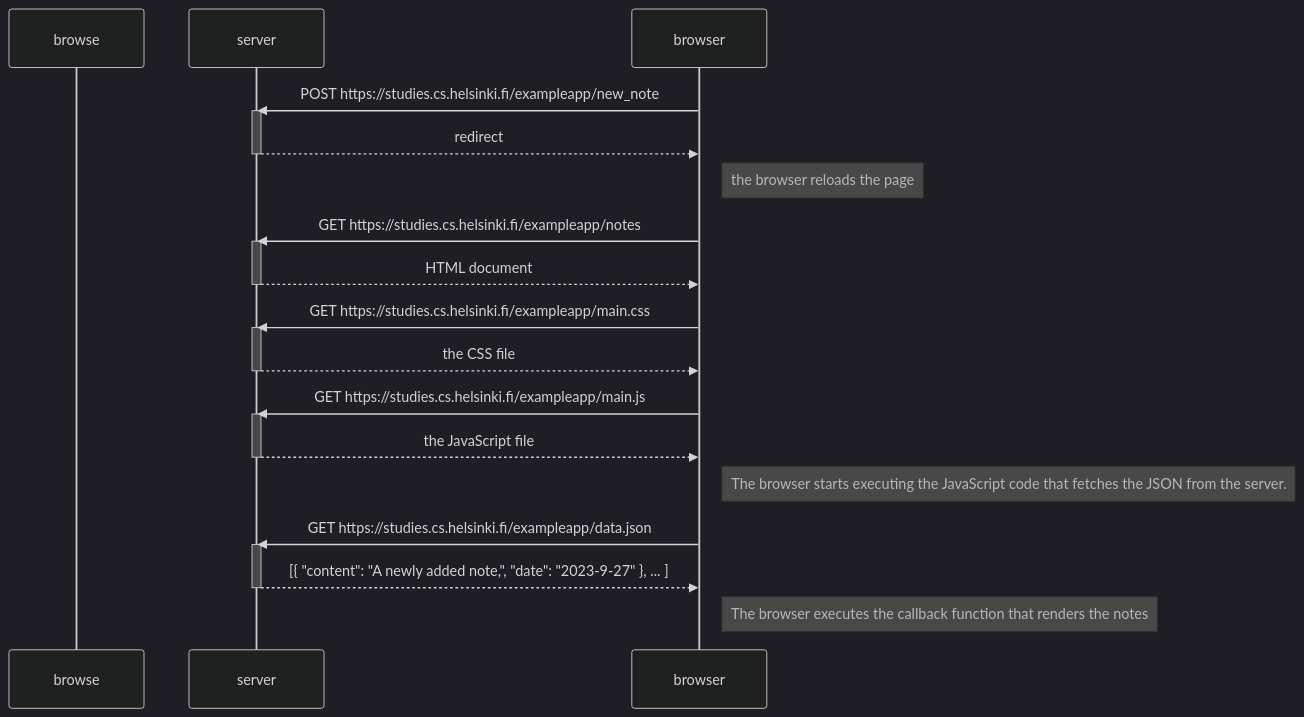
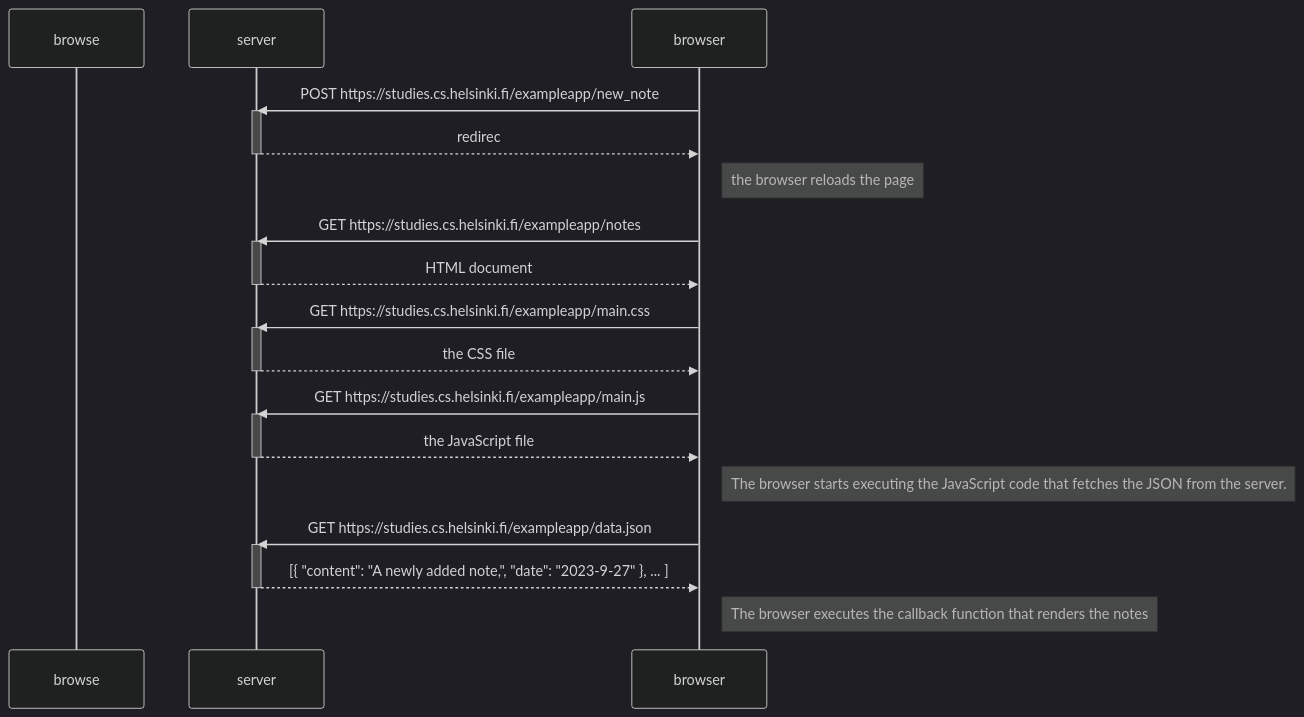
One commit to AlexanderGurnet/fullstackopen changed the diagram in part0/0.4/new_note_diagram.md. Above: the diagram before and after it, drawn with Mermaid (dark theme).

````diff
--- a/part0/0.4/new_note_diagram.md
+++ b/part0/0.4/new_note_diagram.md
@@ -2,35 +2,35 @@
 ```mermaid
   sequenceDiagram
     participant browse
     participant server
 
     browser->>server: POST https://studies.cs.helsinki.fi/exampleapp/new_note
     activate server
-    server-->>browser: redirect
+    server-->>browser: redirec
     deactivate server
     Note right of browser: the browser reloads the page
 
     browser->>server: GET https://studies.cs.helsinki.fi/exampleapp/notes
     activate server
     server-->>browser: HTML document
     deactivate server
     
     browser->>server: GET https://studies.cs.helsinki.fi/exampleapp/main.css
     activate server
     server-->>browser: the CSS file
     deactivate server
 
     browser->>server: GET https://studies.cs.helsinki.fi/exampleapp/main.js
     activate server
     server-->>browser: the JavaScript file
     deactivate server
 
     Note right of browser: The browser starts executing the JavaScript code that fetches the JSON from the server.
 
     browser->>server: GET https://studies.cs.helsinki.fi/exampleapp/data.json
     activate server
     server-->>browser: [{ "content": "A newly added note,", "date": "2023-9-27" }, ... ]
     deactivate server
 
     Note right of browser: The browser executes the callback function that renders the notes
 ```
````
